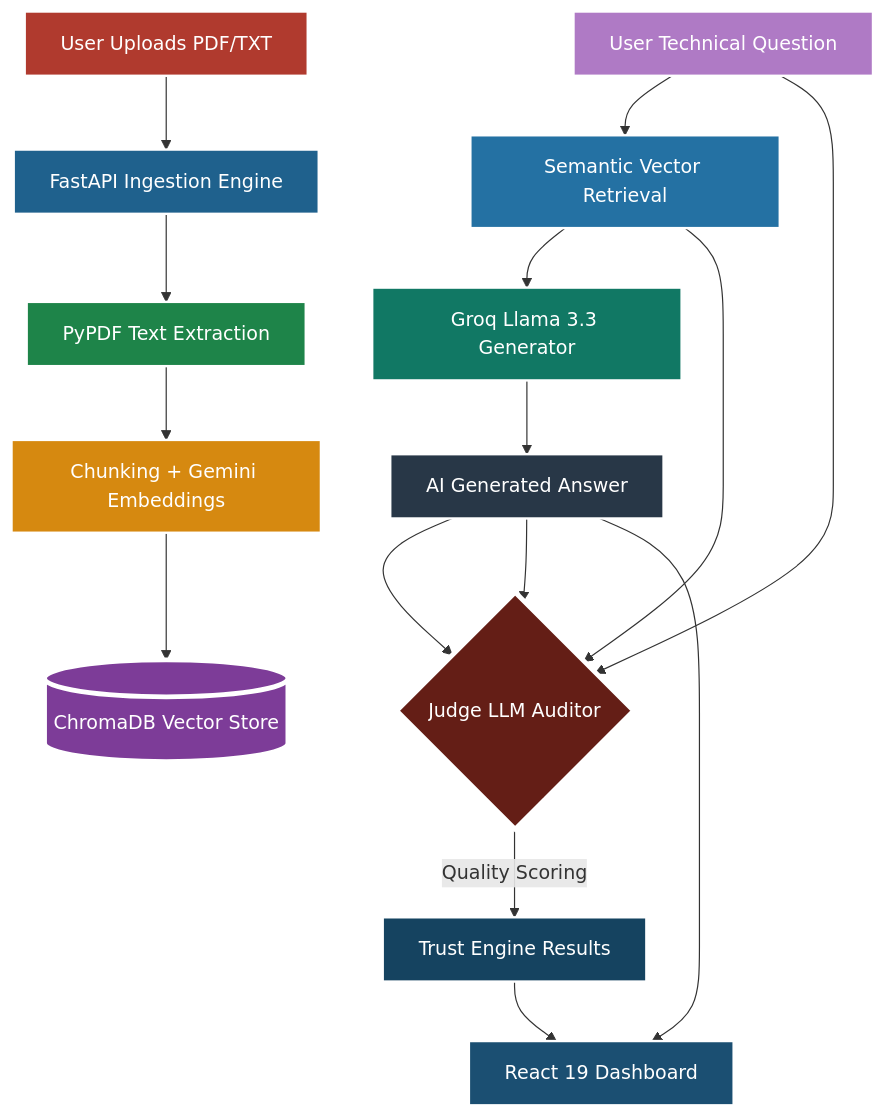
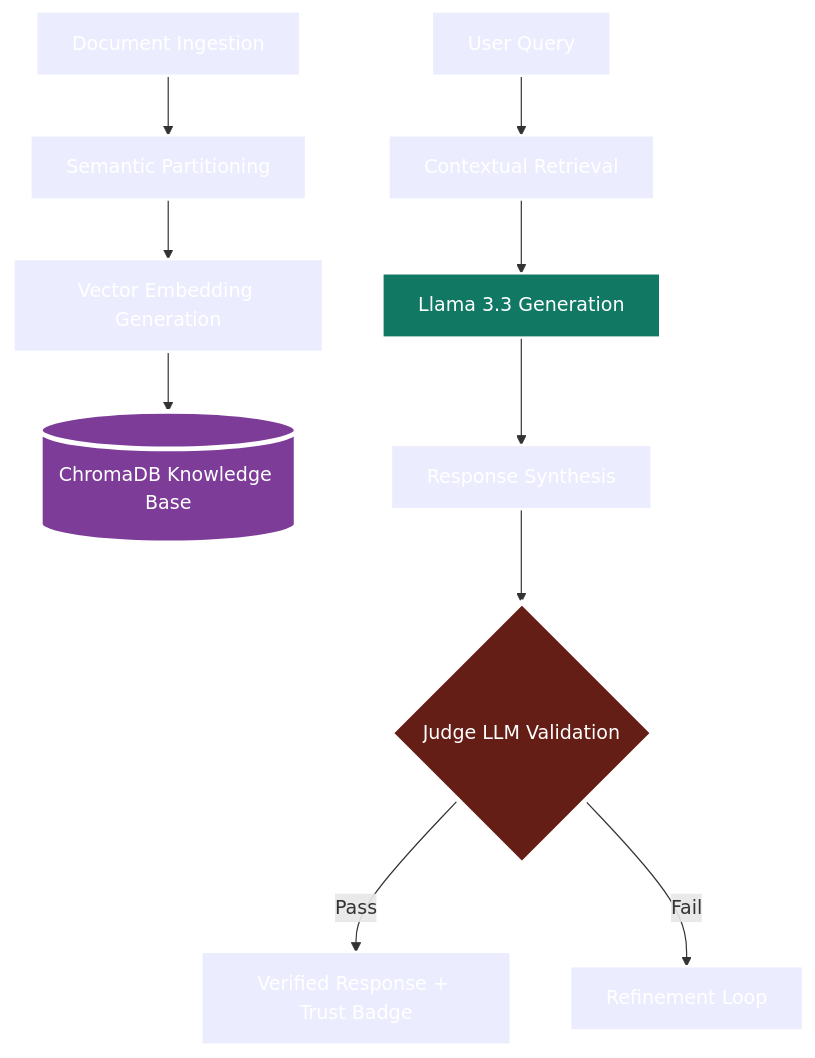
One commit to Aftab0904/Q-and-A-Bot changed the diagram in README.md. Above: the diagram before and after it, drawn with Mermaid. The commit also changed other lines of this file, not shown here.

Commit message:
docs: optimize system architecture documentation and refine deployment workflows

````diff
--- a/README.md
+++ b/README.md
@@ -59,33 +58,21 @@
 ```mermaid
 graph TD
-    A[User Uploads PDF/TXT] --> B[FastAPI Ingestion Engine]
-    B --> C[PyPDF Text Extraction]
-    C --> D[Chunking + Gemini Embeddings]
-    D --> E[(ChromaDB Vector Store)]
+    A[Document Ingestion] --> B[Semantic Partitioning]
+    B --> C[Vector Embedding Generation]
+    C --> D[(ChromaDB Knowledge Base)]
     
-    F[User Technical Question] --> G[Semantic Vector Retrieval]
-    G --> H[Groq Llama 3.3 Generator]
-    H --> I[AI Generated Answer]
+    E[User Query] --> F[Contextual Retrieval]
+    F --> G[Llama 3.3 Generation]
+    G --> H[Response Synthesis]
     
-    I --> J{Judge LLM Auditor}
-    G & F & I --> J
-    J -- Quality Scoring --> K[Trust Engine Results]
-    
-    K & I --> L[React 19 Dashboard]
+    H --> I{Judge LLM Validation}
+    I -- Pass --> J[Verified Response + Trust Badge]
+    I -- Fail --> K[Refinement Loop]
     
     classDef box color:#fff,stroke:#fff,stroke-width:2px;
-    class A,B,C,D,E,F,G,H,I,J,K,L box;
+    class A,B,C,D,E,F,G,H,I,J,K box;
 
-    style A fill:#B03A2E
-    style B fill:#1F618D
-    style C fill:#1E8449
-    style D fill:#D68910
-    style E fill:#7D3C98,stroke-width:4px
-    style F fill:#AF7AC5
-    style G fill:#2471A3
-    style H fill:#117864
-    style I fill:#283747
-    style J fill:#641E16,stroke-width:4px
-    style K fill:#154360
-    style L fill:#1B4F72
+    style D fill:#7D3C98,stroke-width:4px
+    style G fill:#117864
+    style I fill:#641E16,stroke-width:4px
 ```
````
